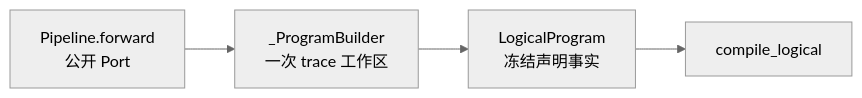
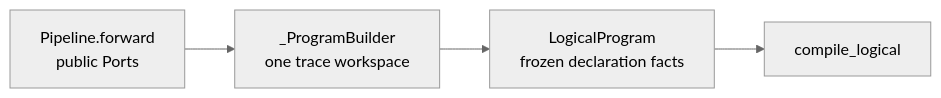
One commit to OpenDCAI/RayOrch changed the first of 2 diagrams in docs/multigrain_v3_6_walkthrough/01_authoring_api.md. Above: the diagram before and after it, drawn with Mermaid (neutral theme). The commit also changed other lines of this file and 31 other files, not shown here.

Commit message:
docs(v3.6): publish bilingual architecture guides

````diff
--- a/docs/multigrain_v3_6_walkthrough/01_authoring_api.md
+++ b/docs/multigrain_v3_6_walkthrough/01_authoring_api.md
@@ -30,9 +78,9 @@
 ```mermaid
 flowchart LR
-    Forward["Pipeline.forward<br/>公开 Port"]
-    Builder["_ProgramBuilder<br/>一次 trace 工作区"]
-    Logical["LogicalProgram<br/>冻结声明事实"]
+    Forward["Pipeline.forward<br/>public Ports"]
+    Builder["_ProgramBuilder<br/>one trace workspace"]
+    Logical["LogicalProgram<br/>frozen declaration facts"]
     Compiler["compile_logical"]
 
     Forward --> Builder --> Logical --> Compiler
 ```
````
